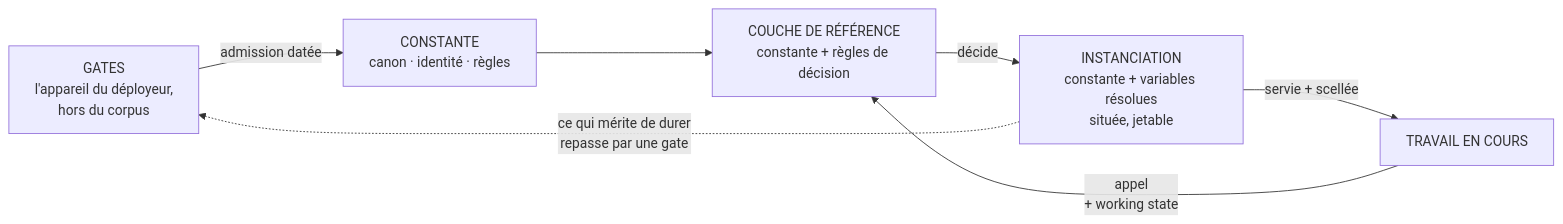
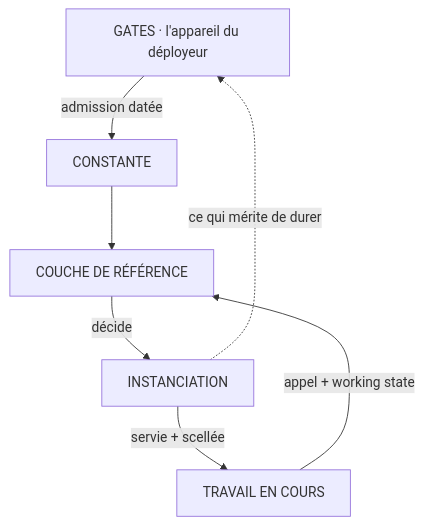
The first of 2 diagrams in WHITEPAPER.md (JP-Noto/WORKING-REFERENCE), drawn with Mermaid before and after one commit. The commit also changed other lines of this file and 3 other files, not shown here.

Commit message:
Schemas : libelles une ligne (le rendu GitHub concatenait les multi-lignes), disposition verticale du schema principal, legendes de lecture ; aucun contenu doctrinal modifie

````diff
--- a/WHITEPAPER.md
+++ b/WHITEPAPER.md
@@ -62,9 +62,9 @@
 ```mermaid
-flowchart LR
-    G["GATES<br/>l'appareil du déployeur,<br/>hors du corpus"] -- "admission datée" --> C["CONSTANTE<br/>canon · identité · règles"]
-    C --> RL["COUCHE DE RÉFÉRENCE<br/>constante + règles de décision"]
-    W["TRAVAIL EN COURS"] -- "appel<br/>+ working state" --> RL
-    RL -- "décide" --> I["INSTANCIATION<br/>constante + variables résolues<br/>située, jetable"]
-    I -- "servie + scellée" --> W
-    I -. "ce qui mérite de durer<br/>repasse par une gate" .-> G
+flowchart TD
+    G["GATES · l'appareil du déployeur"] -->|"admission datée"| C["CONSTANTE"]
+    C --> RL["COUCHE DE RÉFÉRENCE"]
+    W["TRAVAIL EN COURS"] -->|"appel + working state"| RL
+    RL -->|"décide"| I["INSTANCIATION"]
+    I -->|"servie + scellée"| W
+    I -.->|"ce qui mérite de durer"| G
 ```
````
